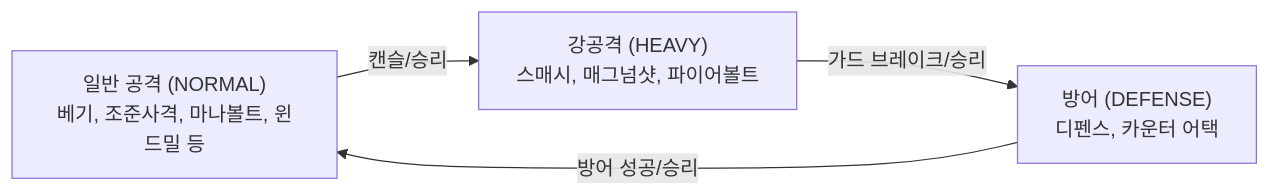
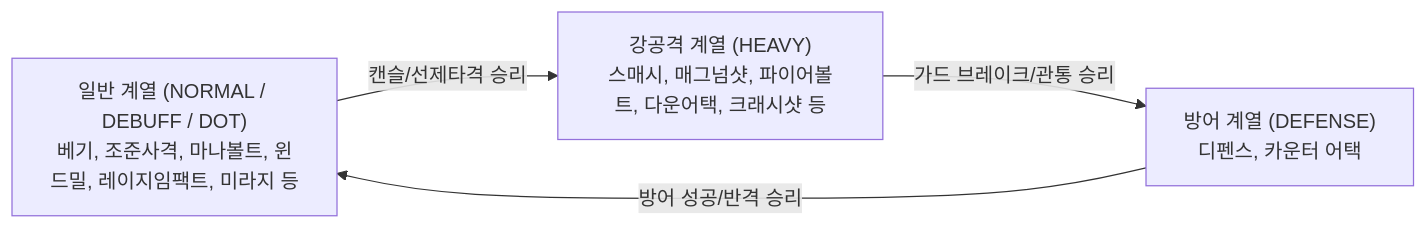
Before and after one commit to gonyda/myapps: the first of 2 diagrams in myrpg/README.md, drawn with Mermaid. The commit also changed other lines of this file, not shown here.

````diff
--- a/myrpg/README.md
+++ b/myrpg/README.md
@@ -125,10 +126,10 @@
 ```mermaid
 graph LR
-    NORMAL["일반 공격 (NORMAL)<br>베기, 조준사격, 마나볼트, 윈드밀 등"]
-    HEAVY["강공격 (HEAVY)<br>스매시, 매그넘샷, 파이어볼트"]
-    DEFENSE["방어 (DEFENSE)<br>디펜스, 카운터 어택"]
+    NORMAL["일반 계열 (NORMAL / DEBUFF / DOT)<br>베기, 조준사격, 마나볼트, 윈드밀, 레이지임팩트, 미라지 등"]
+    HEAVY["강공격 계열 (HEAVY)<br>스매시, 매그넘샷, 파이어볼트, 다운어택, 크래시샷 등"]
+    DEFENSE["방어 계열 (DEFENSE)<br>디펜스, 카운터 어택"]
 
-    NORMAL -->|캔슬/승리| HEAVY
-    HEAVY -->|가드 브레이크/승리| DEFENSE
-    DEFENSE -->|방어 성공/승리| NORMAL
+    NORMAL -->|캔슬/선제타격 승리| HEAVY
+    HEAVY -->|가드 브레이크/관통 승리| DEFENSE
+    DEFENSE -->|방어 성공/반격 승리| NORMAL
 ```
````
